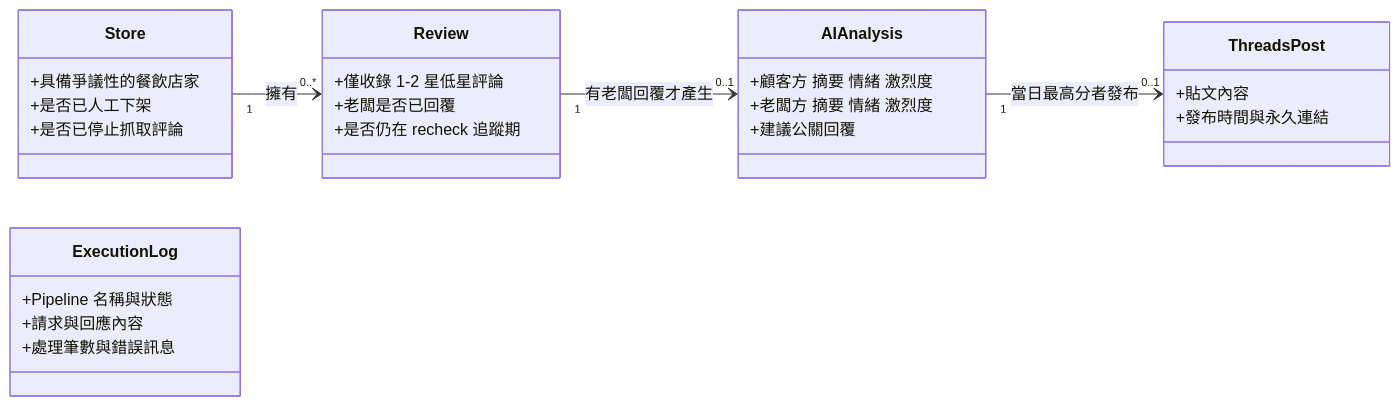
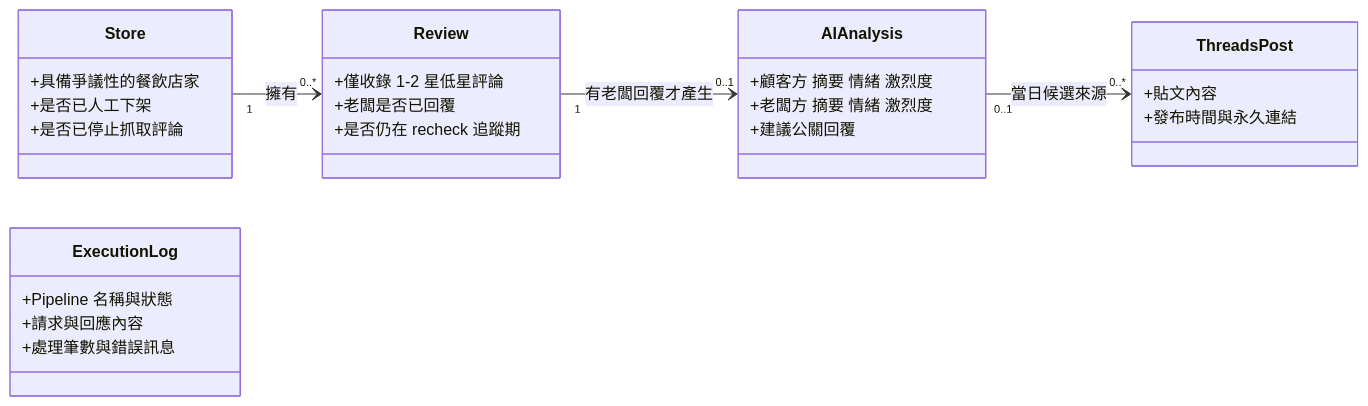
Before and after one commit to Allison94/NKR202_DramaRadar: the diagram in docs/02_Architecture/003-Domain Model.md, drawn with Mermaid. The commit also changed other lines of this file and 7 other files, not shown here.

````diff
--- a/docs/02_Architecture/003-Domain Model.md
+++ b/docs/02_Architecture/003-Domain Model.md
@@ -23,33 +23,33 @@
 ```mermaid
 classDiagram
     direction LR
 
     class Store {
         +具備爭議性的餐飲店家
         +是否已人工下架
         +是否已停止抓取評論
     }
     class Review {
         +僅收錄 1-2 星低星評論
         +老闆是否已回覆
         +是否仍在 recheck 追蹤期
     }
     class AIAnalysis {
         +顧客方 摘要 情緒 激烈度
         +老闆方 摘要 情緒 激烈度
         +建議公關回覆
     }
     class ThreadsPost {
         +貼文內容
         +發布時間與永久連結
     }
     class ExecutionLog {
         +Pipeline 名稱與狀態
         +請求與回應內容
         +處理筆數與錯誤訊息
     }
 
     Store "1" --> "0..*" Review : 擁有
     Review "1" --> "0..1" AIAnalysis : 有老闆回覆才產生
-    AIAnalysis "1" --> "0..1" ThreadsPost : 當日最高分者發布
+    AIAnalysis "0..1" --> "0..*" ThreadsPost : 當日候選來源
 ```
````
